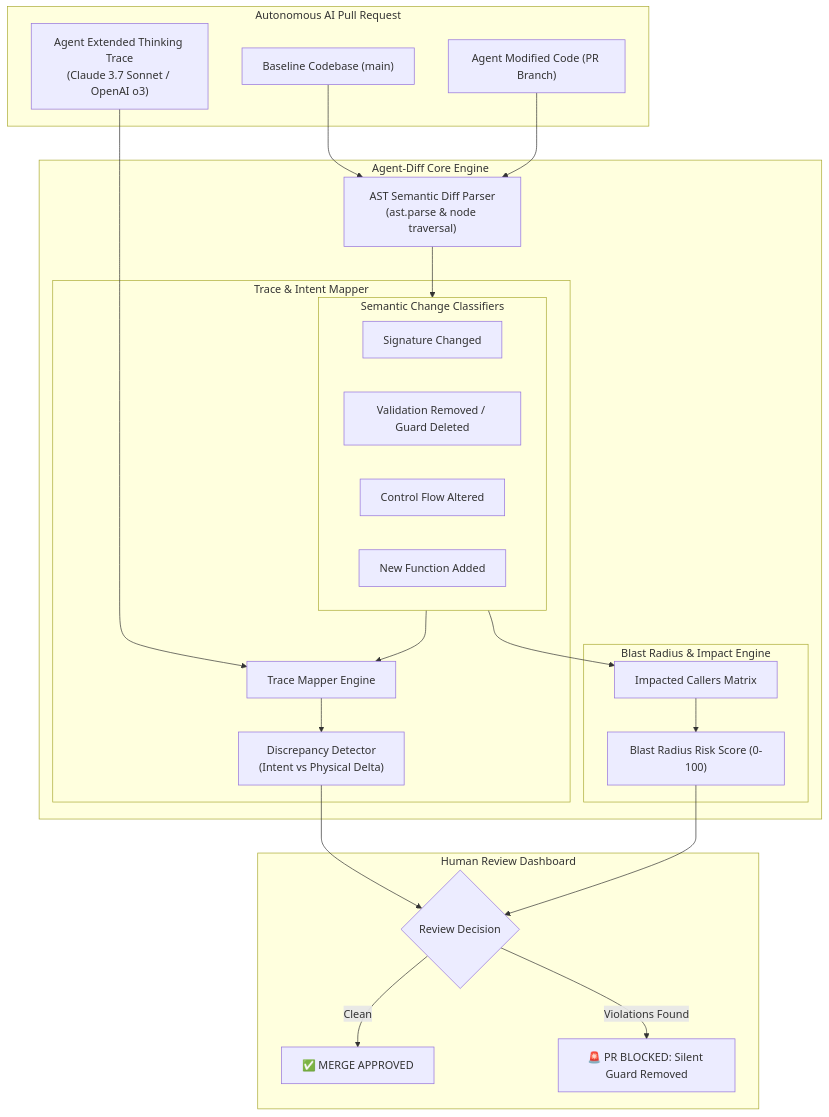
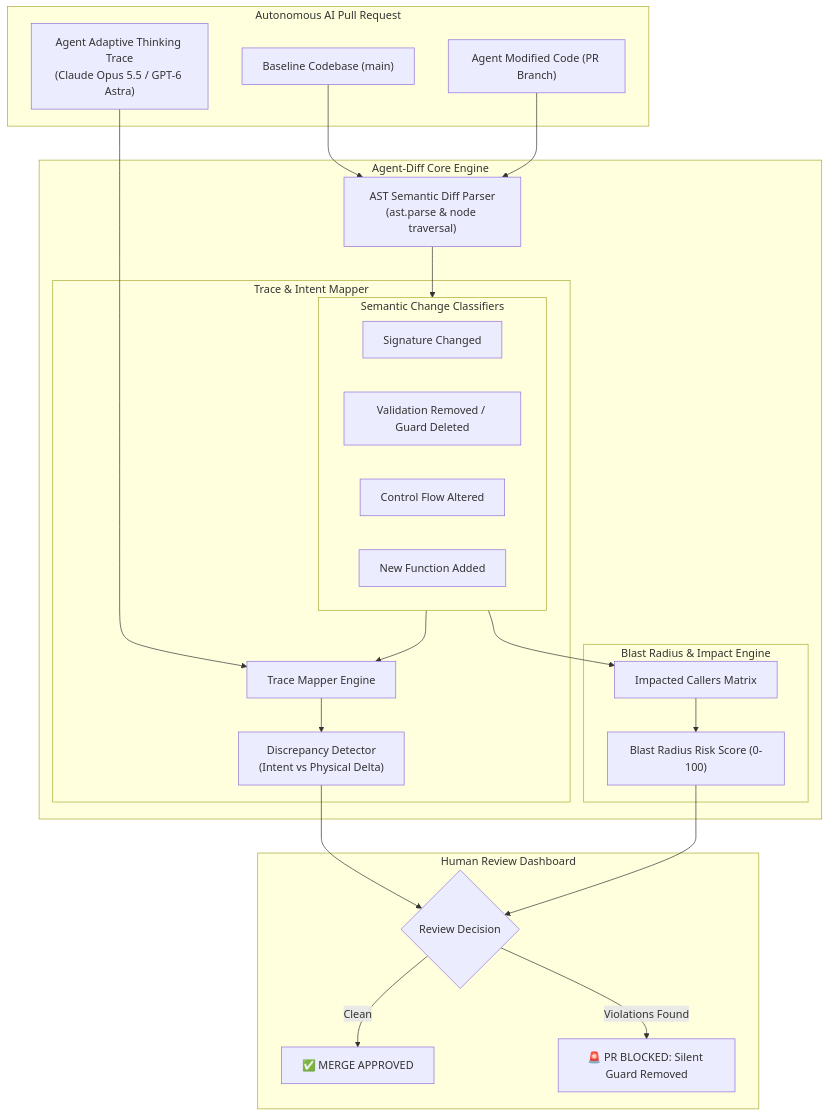
One commit to AAH20/agent-diff changed the first of 3 diagrams in README.md. Above: the diagram before and after it, drawn with Mermaid. The commit also changed other lines of this file and 2 other files, not shown here.

Commit message:
docs: update to September 2026 frontier models (Claude Opus 5.5, GPT-6 Astra, Gemini 3.8 Flash)

````diff
--- a/README.md
+++ b/README.md
@@ -30,47 +30,47 @@
 ```mermaid
 flowchart TD
     subgraph InputData["Autonomous AI Pull Request"]
         OldCode["Baseline Codebase (main)"]
         NewCode["Agent Modified Code (PR Branch)"]
-        CoT["Agent Extended Thinking Trace\n(Claude 3.7 Sonnet / OpenAI o3)"]
+        CoT["Agent Adaptive Thinking Trace\n(Claude Opus 5.5 / GPT-6 Astra)"]
     end
 
     subgraph DiffEngine["Agent-Diff Core Engine"]
         ASTParser["AST Semantic Diff Parser\n(ast.parse & node traversal)"]
         OldCode --> ASTParser
         NewCode --> ASTParser
 
         subgraph Classifiers["Semantic Change Classifiers"]
             Sig["Signature Changed"]
             Val["Validation Removed / Guard Deleted"]
             Flow["Control Flow Altered"]
             NewFn["New Function Added"]
         end
         ASTParser --> Classifiers
 
         subgraph TraceCorrelation["Trace & Intent Mapper"]
             Mapper["Trace Mapper Engine"]
             Discrepancy["Discrepancy Detector\n(Intent vs Physical Delta)"]
             CoT --> Mapper
             Classifiers --> Mapper
             Mapper --> Discrepancy
         end
 
         subgraph BlastRadius["Blast Radius & Impact Engine"]
             CallGraph["Impacted Callers Matrix"]
             RiskScore["Blast Radius Risk Score (0-100)"]
             Classifiers --> CallGraph --> RiskScore
         end
     end
 
     subgraph OutputReview["Human Review Dashboard"]
         Verdict{"Review Decision"}
         Approve["✅ MERGE APPROVED"]
         Block["🚨 PR BLOCKED: Silent Guard Removed"]
 
         Discrepancy --> Verdict
         RiskScore --> Verdict
         Verdict -->|Clean| Approve
         Verdict -->|Violations Found| Block
     end
 ```
````
